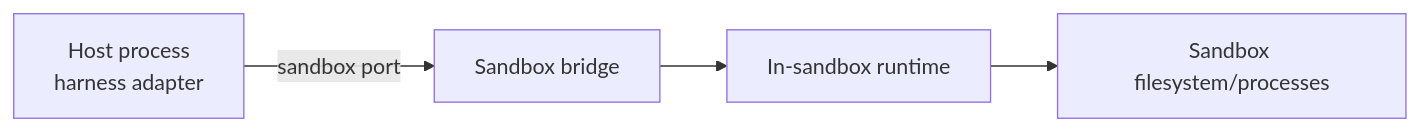
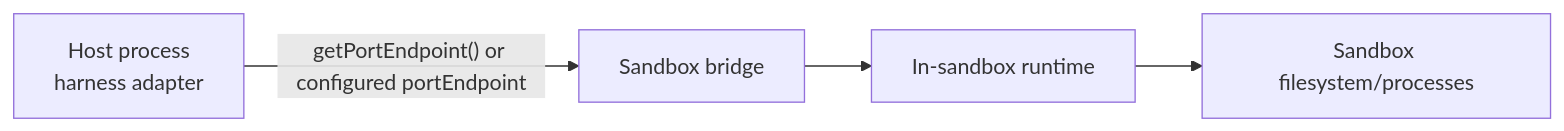
The fourth of 4 diagrams in architecture/harness-abstraction.md (Jamaal224/VERCEL-AI-Agent), drawn with Mermaid before and after one commit. The commit also changed other lines of this file and 2 other files, not shown here.

First line of the commit message:
docs: clarify harness abstraction architecture (#21272)

````diff
--- a/architecture/harness-abstraction.md
+++ b/architecture/harness-abstraction.md
@@ -127,11 +170,11 @@
 ```mermaid
 flowchart LR
     Host["Host process\nharness adapter"]
     Bridge["Sandbox bridge"]
     Runtime["In-sandbox runtime"]
     Sandbox["Sandbox filesystem/processes"]
 
-    Host -->|"sandbox port"| Bridge
+    Host -->|"getPortEndpoint() or configured portEndpoint"| Bridge
     Bridge --> Runtime
     Runtime --> Sandbox
 ```
````
